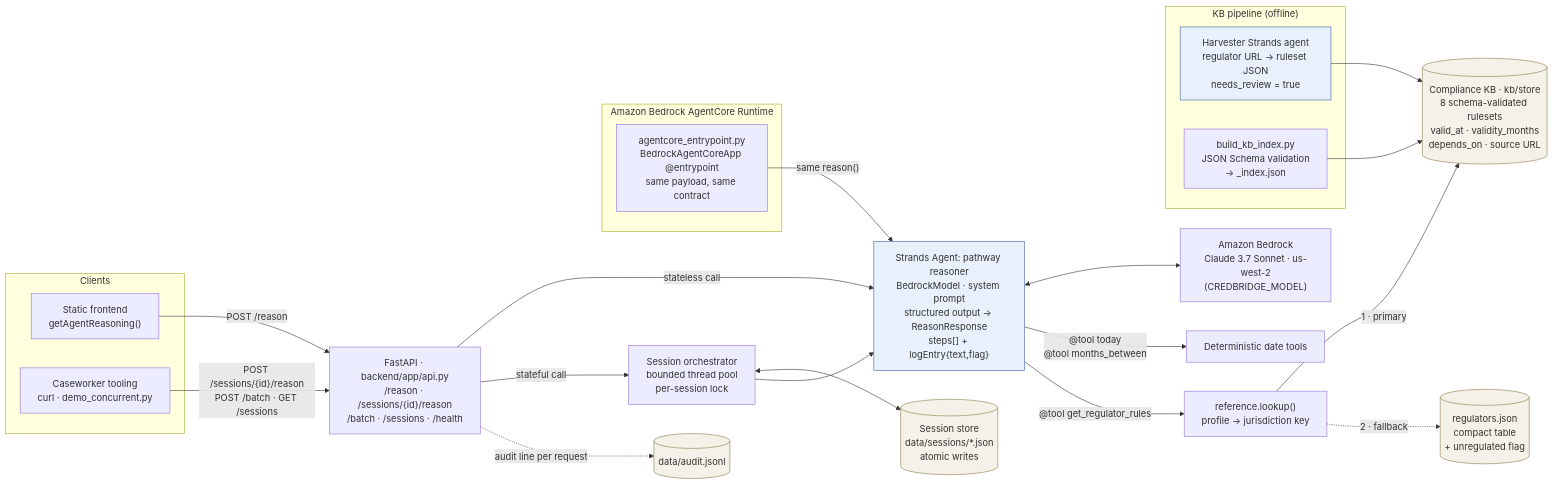
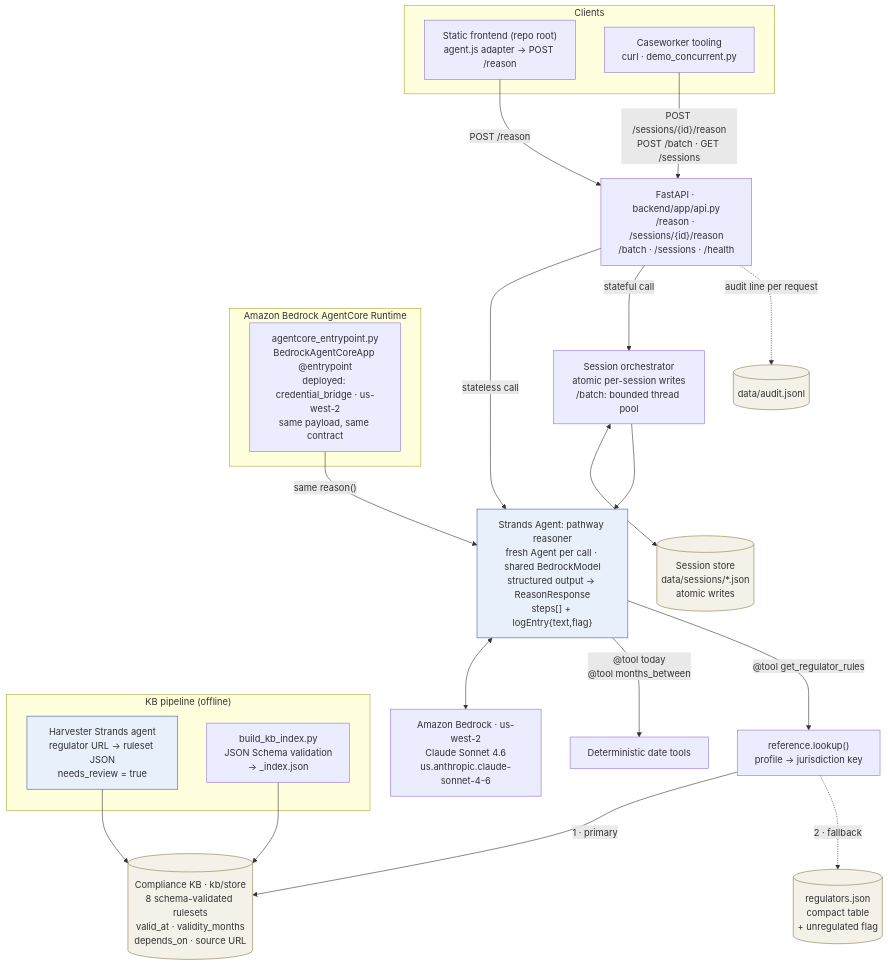
The diagram in docs/ARCHITECTURE.md (youssefnashat/Credential-Bridge), drawn with Mermaid before and after one commit. The commit also changed other lines of this file and 11 other files, not shown here.

````diff
--- a/docs/ARCHITECTURE.md
+++ b/docs/ARCHITECTURE.md
@@ -9,41 +9,41 @@
 ```mermaid
-flowchart LR
+flowchart TB
   subgraph Clients
-    FE["Static frontend<br/>getAgentReasoning()"]
+    FE["Static frontend (repo root)<br/>agent.js adapter → POST /reason"]
     CW["Caseworker tooling<br/>curl · demo_concurrent.py"]
   end
 
   FE -- "POST /reason" --> API
   CW -- "POST /sessions/{id}/reason<br/>POST /batch · GET /sessions" --> API
 
   API["FastAPI · backend/app/api.py<br/>/reason · /sessions/{id}/reason<br/>/batch · /sessions · /health"]
   API -- "stateless call" --> AG
-  API -- "stateful call" --> ORCH["Session orchestrator<br/>bounded thread pool<br/>per-session lock"]
+  API -- "stateful call" --> ORCH["Session orchestrator<br/>atomic per-session writes<br/>/batch: bounded thread pool"]
   ORCH <--> SS[("Session store<br/>data/sessions/*.json<br/>atomic writes")]
   ORCH --> AG
   API -. "audit line per request" .-> LOG[("data/audit.jsonl")]
 
-  AG["Strands Agent: pathway reasoner<br/>BedrockModel · system prompt<br/>structured output → ReasonResponse<br/>steps[] + logEntry{text,flag}"]
-  AG <--> BR["Amazon Bedrock<br/>Claude 3.7 Sonnet · us-west-2<br/>(CREDBRIDGE_MODEL)"]
+  AG["Strands Agent: pathway reasoner<br/>fresh Agent per call · shared BedrockModel<br/>structured output → ReasonResponse<br/>steps[] + logEntry{text,flag}"]
+  AG <--> BR["Amazon Bedrock · us-west-2<br/>Claude Sonnet 4.6<br/>us.anthropic.claude-sonnet-4-6"]
   AG -- "@tool today<br/>@tool months_between" --> DT["Deterministic date tools"]
   AG -- "@tool get_regulator_rules" --> LK["reference.lookup()<br/>profile → jurisdiction key"]
   LK -- "1 · primary" --> KB[("Compliance KB · kb/store<br/>8 schema-validated rulesets<br/>valid_at · validity_months<br/>depends_on · source URL")]
   LK -. "2 · fallback" .-> RJ[("regulators.json<br/>compact table<br/>+ unregulated flag")]
 
   subgraph PIPE["KB pipeline (offline)"]
     HV["Harvester Strands agent<br/>regulator URL → ruleset JSON<br/>needs_review = true"]
     VAL["build_kb_index.py<br/>JSON Schema validation<br/>→ _index.json"]
   end
   HV --> KB
   VAL --> KB
 
   subgraph RT["Amazon Bedrock AgentCore Runtime"]
-    ENTRY["agentcore_entrypoint.py<br/>BedrockAgentCoreApp @entrypoint<br/>same payload, same contract"]
+    ENTRY["agentcore_entrypoint.py<br/>BedrockAgentCoreApp @entrypoint<br/>deployed: credential_bridge · us-west-2<br/>same payload, same contract"]
   end
   ENTRY -- "same reason()" --> AG
 
   classDef store fill:#f4f1e8,stroke:#8a7a4a;
   classDef agent fill:#e8f0fb,stroke:#3a62a8;
   class KB,RJ,SS,LOG store;
   class AG,HV agent;
 ```
````
